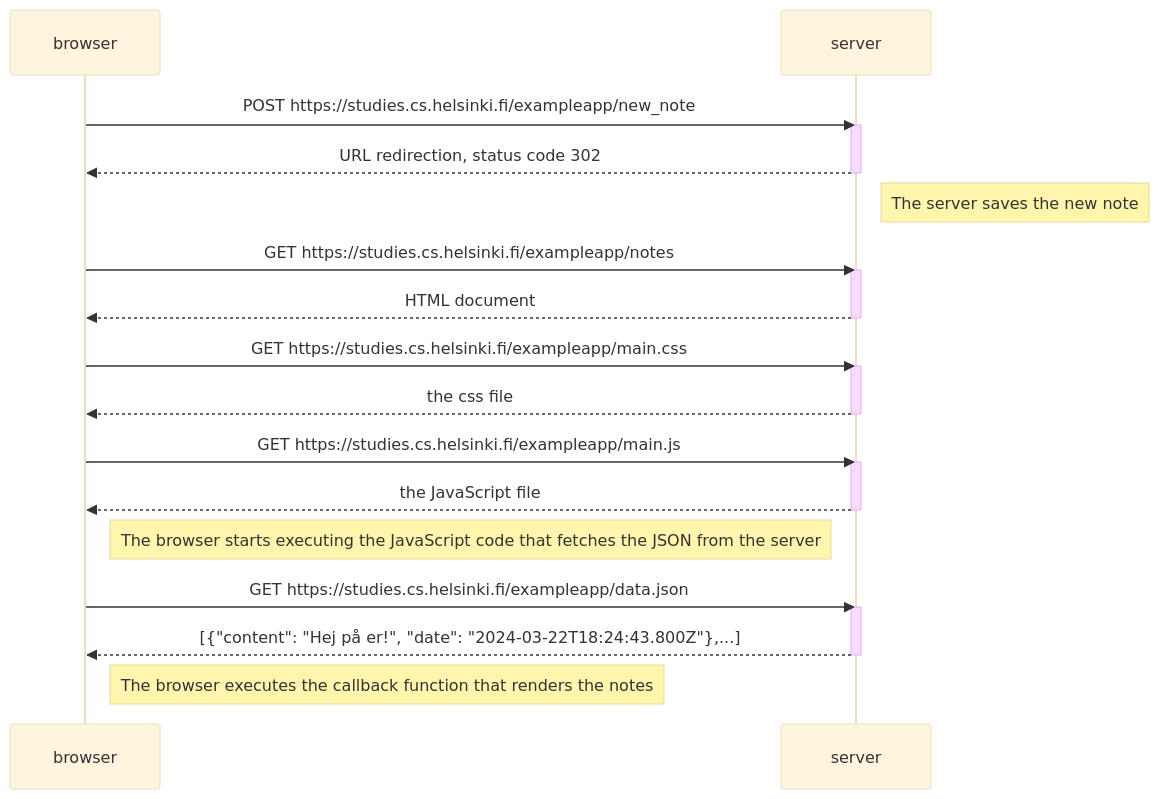
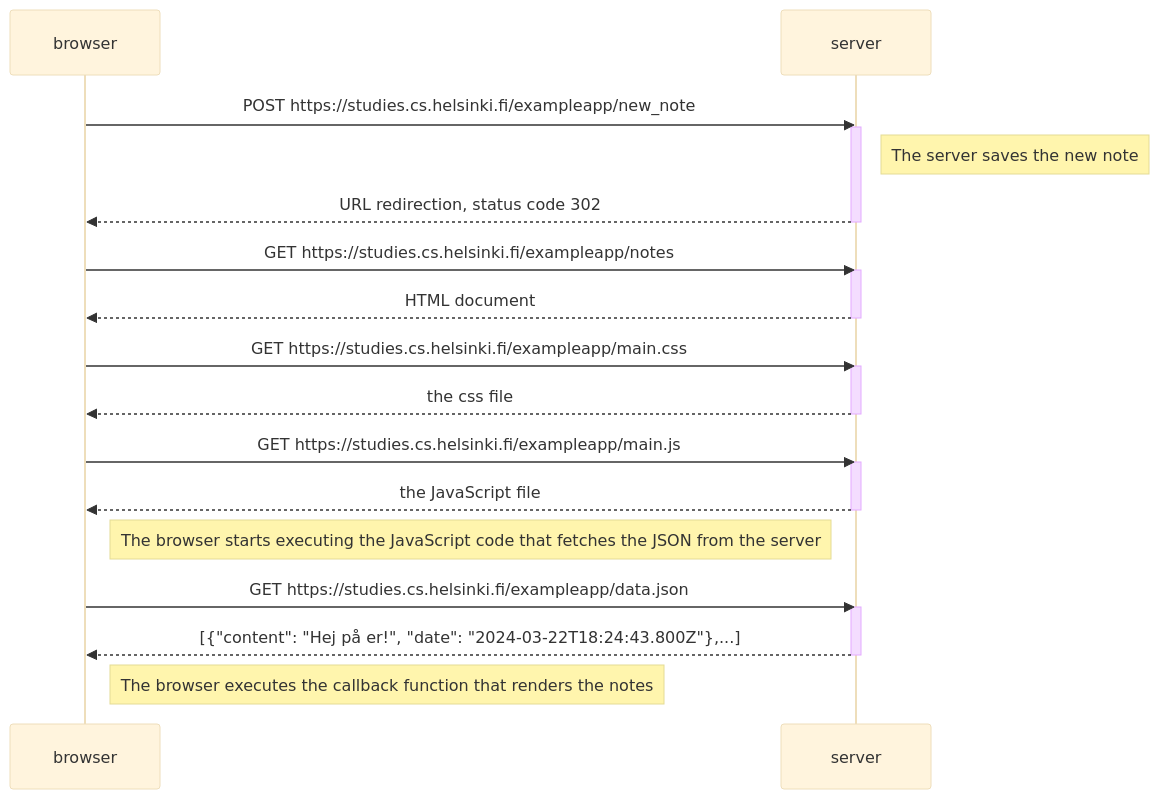
One commit to randoomeri/fullstack changed the diagram in osa0/0.4 uusi muistiinpano.md. Above: the diagram before and after it, drawn with Mermaid (base theme).

Commit message:
Update 0.4 uusi muistiinpano.md

````diff
--- a/osa0/0.4 uusi muistiinpano.md
+++ b/osa0/0.4 uusi muistiinpano.md
@@ -1,36 +1,37 @@
 ```mermaid
 sequenceDiagram
     participant browser
     participant server
     
     browser->>server: POST https://studies.cs.helsinki.fi/exampleapp/new_note
     activate server
+
+    Note right of server: The server saves the new note
+
     server-->>browser: URL redirection, status code 302
     deactivate server
-
-    Note right of server: The server saves the new note
     
     browser->>server: GET https://studies.cs.helsinki.fi/exampleapp/notes
     activate server
     server-->>browser: HTML document
     deactivate server
     
     browser->>server: GET https://studies.cs.helsinki.fi/exampleapp/main.css
     activate server
     server-->>browser: the css file
     deactivate server
     
     browser->>server: GET https://studies.cs.helsinki.fi/exampleapp/main.js
     activate server
     server-->>browser: the JavaScript file
     deactivate server
 
     Note right of browser: The browser starts executing the JavaScript code that fetches the JSON from the server
 
     browser->>server: GET https://studies.cs.helsinki.fi/exampleapp/data.json
     activate server
     server-->>browser: [{"content": "Hej på er!", "date": "2024-03-22T18:24:43.800Z"},...]
     deactivate server    
 
     Note right of browser: The browser executes the callback function that renders the notes
 ```
````
